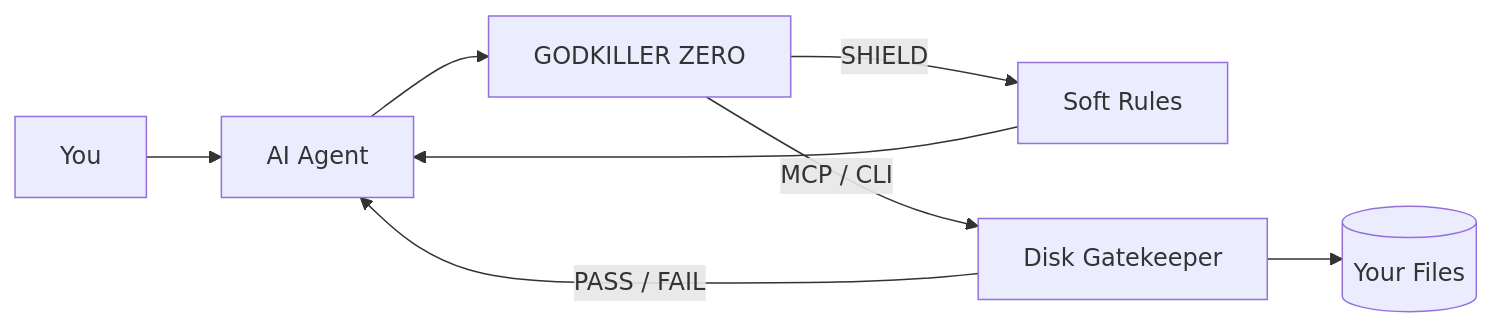
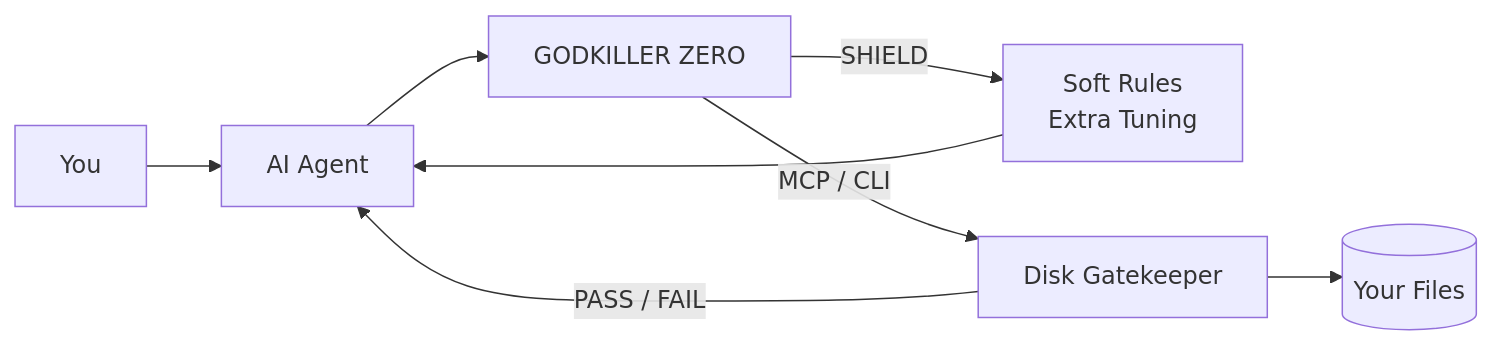
Before and after one commit to taurus42119-stack/GODKILLER-ZERO: the first of 3 diagrams in README.md, drawn with Mermaid. The commit also changed other lines of this file, not shown here.

Commit message:
Expand README: pillars, Extra board, field usage signal.

````diff
--- a/README.md
+++ b/README.md
@@ -52,10 +91,10 @@
 ```mermaid
 flowchart LR
   A[You] --> B[AI Agent]
   B --> C[GODKILLER ZERO]
-  C -->|SHIELD| D[Soft Rules]
+  C -->|SHIELD| D[Soft Rules<br/>Extra Tuning]
   C -->|MCP / CLI| E[Disk Gatekeeper]
   E --> F[(Your Files)]
   E -->|PASS / FAIL| B
   D --> B
 ```
````
